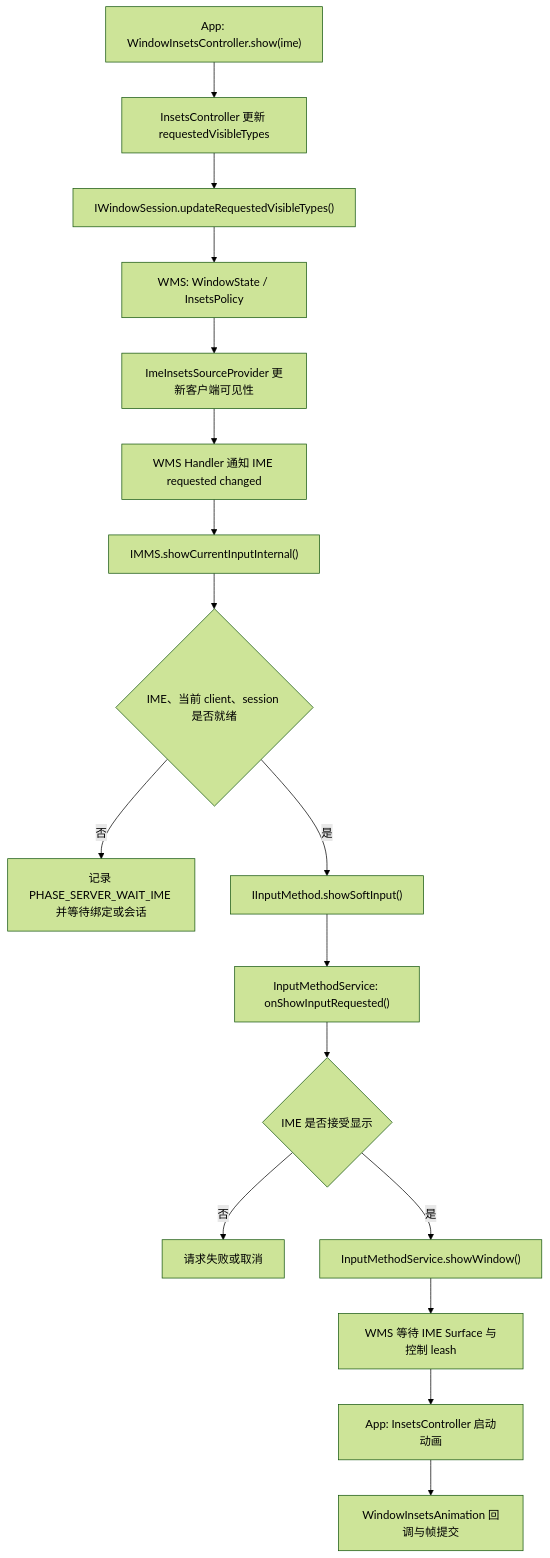
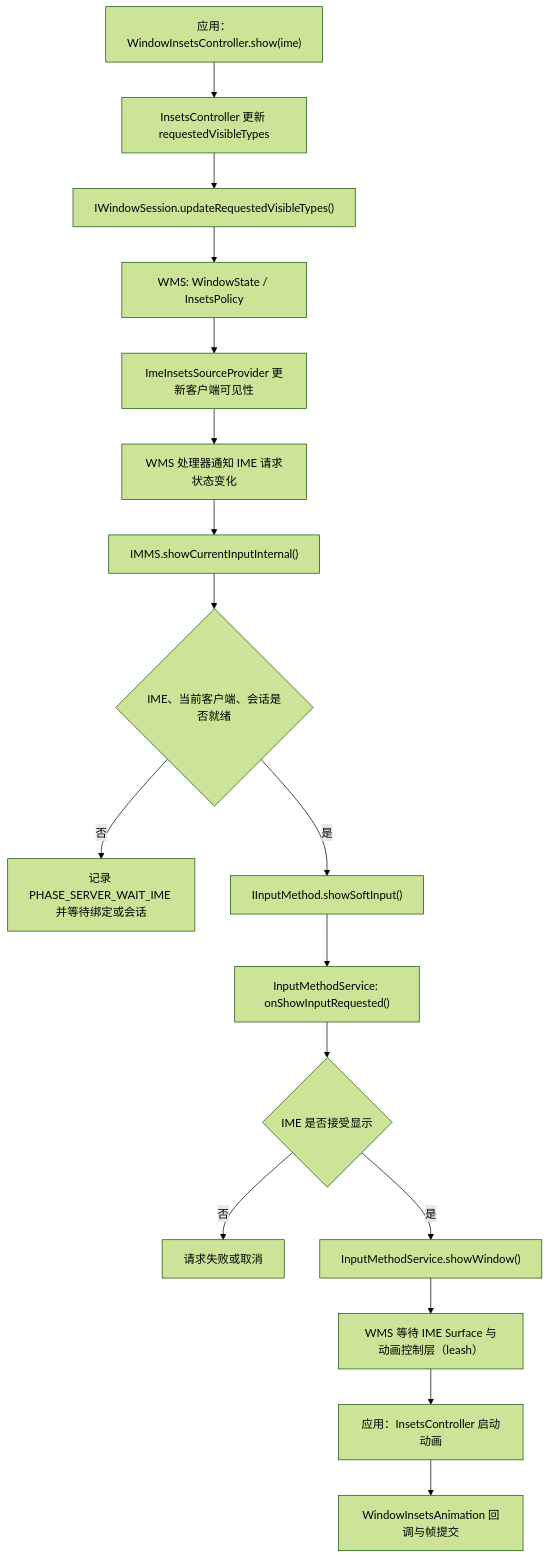
Before and after one commit to Gracker/android-internals-wiki: the diagram in src/part1-fundamentals/ch03-input/11-input-method-manager-performance.md, drawn with Mermaid (forest theme). The commit also changed other lines of this file and 4 other files, not shown here.

````diff
--- a/src/part1-fundamentals/ch03-input/11-input-method-manager-performance.md
+++ b/src/part1-fundamentals/ch03-input/11-input-method-manager-performance.md
@@ -82,19 +82,19 @@
 ```mermaid
 flowchart TD
-    A["App: WindowInsetsController.show(ime)"] --> B["InsetsController 更新 requestedVisibleTypes"]
+    A["应用：WindowInsetsController.show(ime)"] --> B["InsetsController 更新 requestedVisibleTypes"]
     B --> C["IWindowSession.updateRequestedVisibleTypes()"]
     C --> D["WMS: WindowState / InsetsPolicy"]
     D --> E["ImeInsetsSourceProvider 更新客户端可见性"]
-    E --> F["WMS Handler 通知 IME requested changed"]
+    E --> F["WMS 处理器通知 IME 请求状态变化"]
     F --> G["IMMS.showCurrentInputInternal()"]
-    G --> H{"IME、当前 client、session 是否就绪"}
+    G --> H{"IME、当前客户端、会话是否就绪"}
     H -->|否| I["记录 PHASE_SERVER_WAIT_IME 并等待绑定或会话"]
     H -->|是| J["IInputMethod.showSoftInput()"]
     J --> K["InputMethodService: onShowInputRequested()"]
     K --> L{"IME 是否接受显示"}
     L -->|否| M["请求失败或取消"]
     L -->|是| N["InputMethodService.showWindow()"]
-    N --> O["WMS 等待 IME Surface 与控制 leash"]
-    O --> P["App: InsetsController 启动动画"]
+    N --> O["WMS 等待 IME Surface 与动画控制层（leash）"]
+    O --> P["应用：InsetsController 启动动画"]
     P --> Q["WindowInsetsAnimation 回调与帧提交"]
 ```
````
